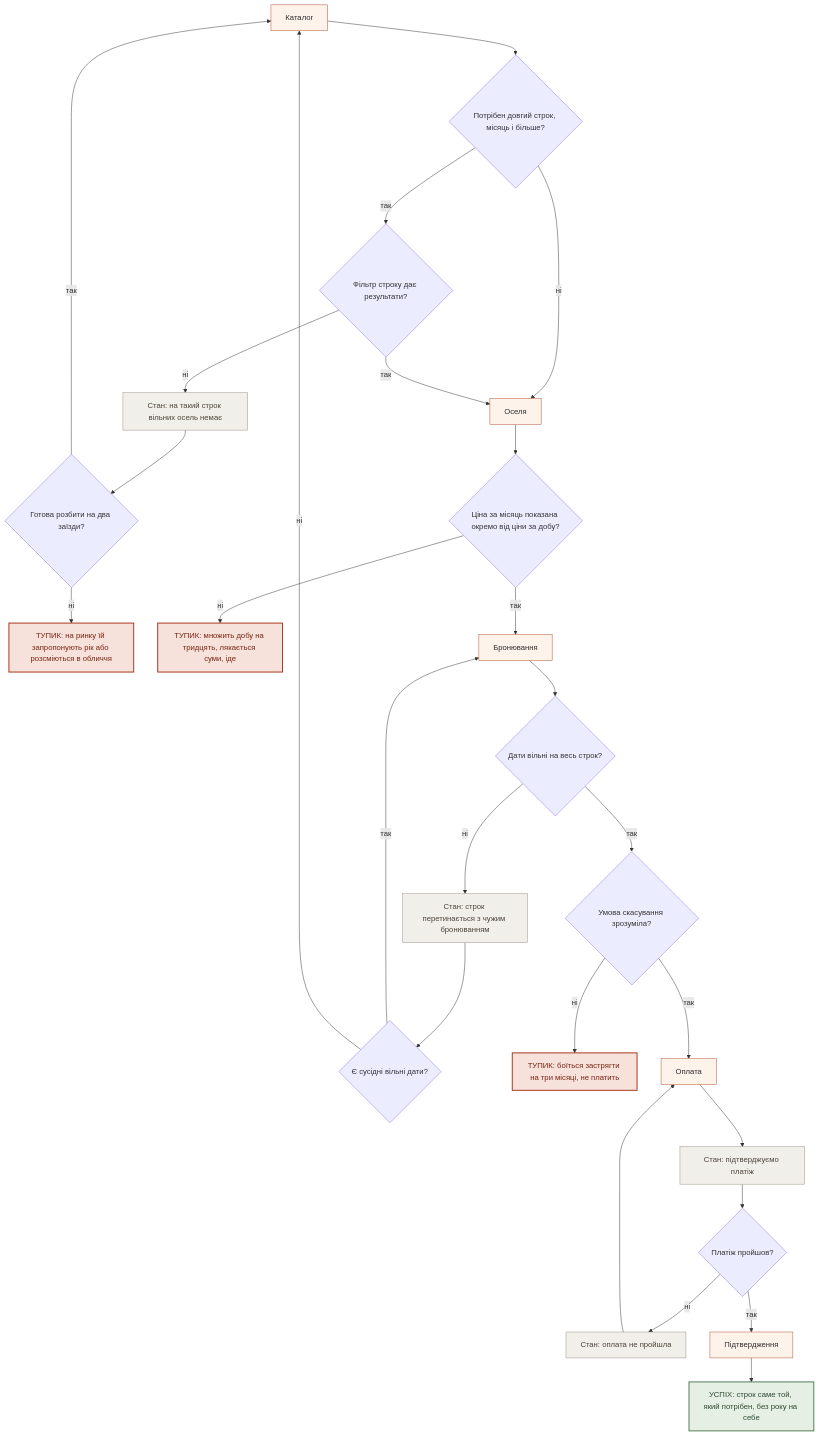
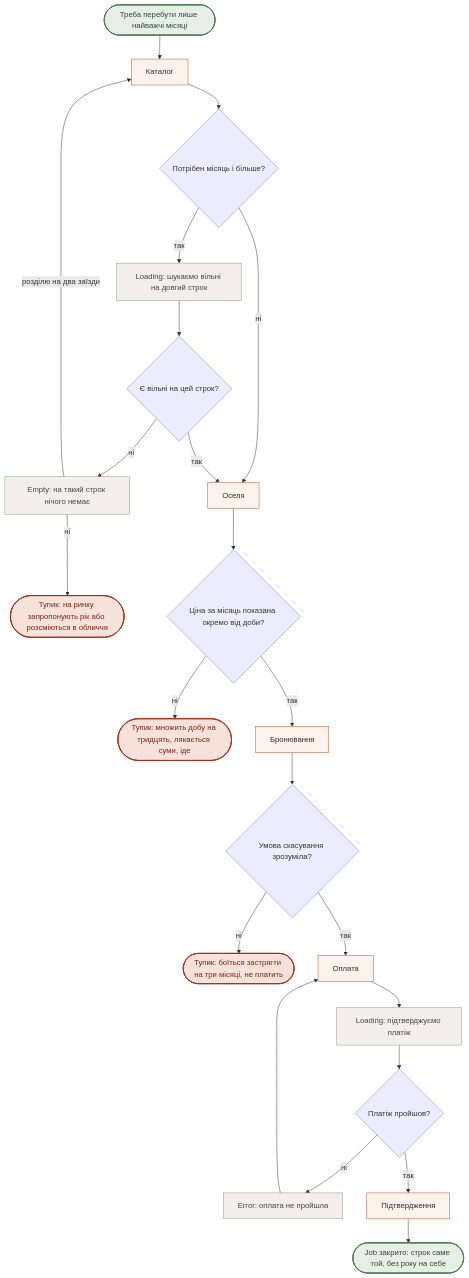
One commit to sofiya5395870-sys/khata-v-seli changed the third of 4 diagrams in flows.md. Above: the diagram before and after it, drawn with Mermaid. The commit also changed other lines of this file, not shown here.

First line of the commit message:
Redraw the flows in the agreed notation

````diff
--- a/flows.md
+++ b/flows.md
@@ -181,42 +154,37 @@
 ```mermaid
 flowchart TD
-    B1["Каталог"] --> Q1{"Потрібен довгий строк, місяць і більше?"}
-    Q1 -->|ні| B2["Оселя"]
-    Q1 -->|так| Q2{"Фільтр строку дає результати?"}
+    Start([Треба перебути лише найважчі місяці]) --> Cat[Каталог]
+    Cat --> Long{Потрібен місяць і більше?}
+    Long -->|ні| House[Оселя]
+    Long -->|так| Load["Loading: шукаємо вільні на довгий строк"]
 
-    Q2 -->|ні| E1["Стан: на такий строк вільних осель немає"]
-    E1 --> Q3{"Готова розбити на два заїзди?"}
-    Q3 -->|так| B1
-    Q3 -->|ні| D1["ТУПИК: на ринку їй запропонують рік або розсміються в обличчя"]
+    Load --> Has{Є вільні на цей строк?}
+    Has -->|ні| Empty["Empty: на такий строк нічого немає"]
+    Empty -->|розділю на два заїзди| Cat
+    Empty -->|ні| DeadYear(["Тупик: на ринку запропонують рік або розсміються в обличчя"])
+    Has -->|так| House
 
-    Q2 -->|так| B2
-    B2 --> Q4{"Ціна за місяць показана окремо від ціни за добу?"}
-    Q4 -->|ні| D2["ТУПИК: множить добу на тридцять, лякається суми, іде"]
-    Q4 -->|так| B3["Бронювання"]
+    House --> Month{Ціна за місяць показана окремо від доби?}
+    Month -->|ні| DeadMath(["Тупик: множить добу на тридцять, лякається суми, іде"])
+    Month -->|так| Book[Бронювання]
 
-    B3 --> Q5{"Дати вільні на весь строк?"}
-    Q5 -->|ні| E2["Стан: строк перетинається з чужим бронюванням"]
-    E2 --> Q6{"Є сусідні вільні дати?"}
-    Q6 -->|так| B3
-    Q6 -->|ні| B1
+    Book --> Cancel{Умова скасування зрозуміла?}
+    Cancel -->|ні| DeadStuck(["Тупик: боїться застрягти на три місяці, не платить"])
+    Cancel -->|так| Pay[Оплата]
 
-    Q5 -->|так| Q7{"Умова скасування зрозуміла?"}
-    Q7 -->|ні| D3["ТУПИК: боїться застрягти на три місяці, не платить"]
-    Q7 -->|так| B4["Оплата"]
-
-    B4 --> L1["Стан: підтверджуємо платіж"]
-    L1 --> Q8{"Платіж пройшов?"}
-    Q8 -->|ні| E3["Стан: оплата не пройшла"]
-    E3 --> B4
-    Q8 -->|так| B5["Підтвердження"]
-    B5 --> OK["УСПІХ: строк саме той, який потрібен, без року на себе"]
+    Pay --> Wait["Loading: підтверджуємо платіж"]
+    Wait --> Paid{Платіж пройшов?}
+    Paid -->|ні| Err["Error: оплата не пройшла"]
+    Err --> Pay
+    Paid -->|так| Conf[Підтвердження]
+    Conf --> Win(["Job закрито: строк саме той, без року на себе"])
 
     classDef screen fill:#fdf3ea,stroke:#b5502e,color:#2b2b2b
     classDef state fill:#f1efe9,stroke:#9a9287,color:#4a443c
     classDef dead fill:#f6e2db,stroke:#a8321a,stroke-width:2px,color:#7a2412
     classDef win fill:#e6efe4,stroke:#4f7a52,stroke-width:2px,color:#2f4a31
-    class B1,B2,B3,B4,B5 screen
-    class L1,E1,E2,E3 state
-    class D1,D2,D3 dead
-    class OK win
+    class Cat,House,Book,Pay,Conf screen
+    class Load,Empty,Wait,Err state
+    class DeadYear,DeadMath,DeadStuck dead
+    class Win,Start win
 ```
````
